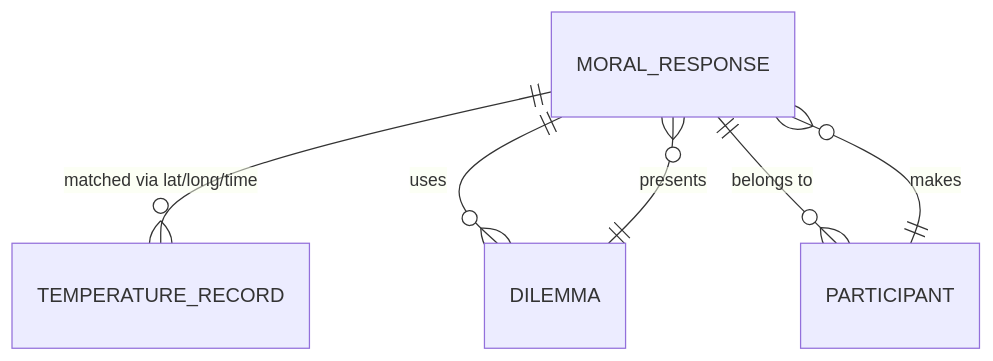
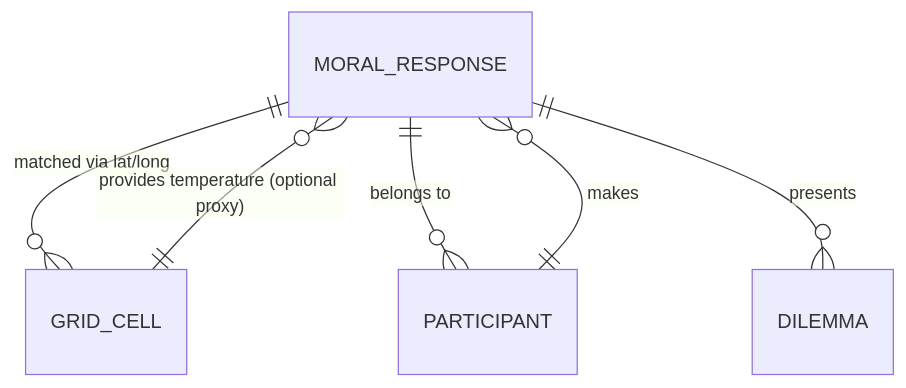
The diagram in projects/PROJ-743-ambient-temperature-influence-on-moral-d/specs/001-ambient-temperature-influence-on-moral-d/data-model.md (ContextLab/llmXive), drawn with Mermaid before and after one commit. The commit also changed other lines of this file and 20 other files, not shown here.

Commit message:
advance(PROJ-743-ambient-temperature-influence-on-moral-d): checkpoint tick 2

````diff
--- a/projects/PROJ-743-ambient-temperature-influence-on-moral-d/specs/001-ambient-temperature-influence-on-moral-d/data-model.md
+++ b/projects/PROJ-743-ambient-temperature-influence-on-moral-d/specs/001-ambient-temperature-influence-on-moral-d/data-model.md
@@ -5,8 +5,8 @@
 ```mermaid
 erDiagram
-    MORAL_RESPONSE ||--o{ TEMPERATURE_RECORD : "matched via lat/long/time"
-    MORAL_RESPONSE ||--o{ DILEMMA : "uses"
+    MORAL_RESPONSE ||--o{ GRID_CELL : "matched via lat/long"
     MORAL_RESPONSE ||--o{ PARTICIPANT : "belongs to"
+    MORAL_RESPONSE ||--o{ DILEMMA : "presents"
     PARTICIPANT ||--o{ MORAL_RESPONSE : "makes"
-    DILEMMA ||--o{ MORAL_RESPONSE : "presents"
+    GRID_CELL ||--o{ MORAL_RESPONSE : "provides temperature (optional proxy)"
 ```
````
